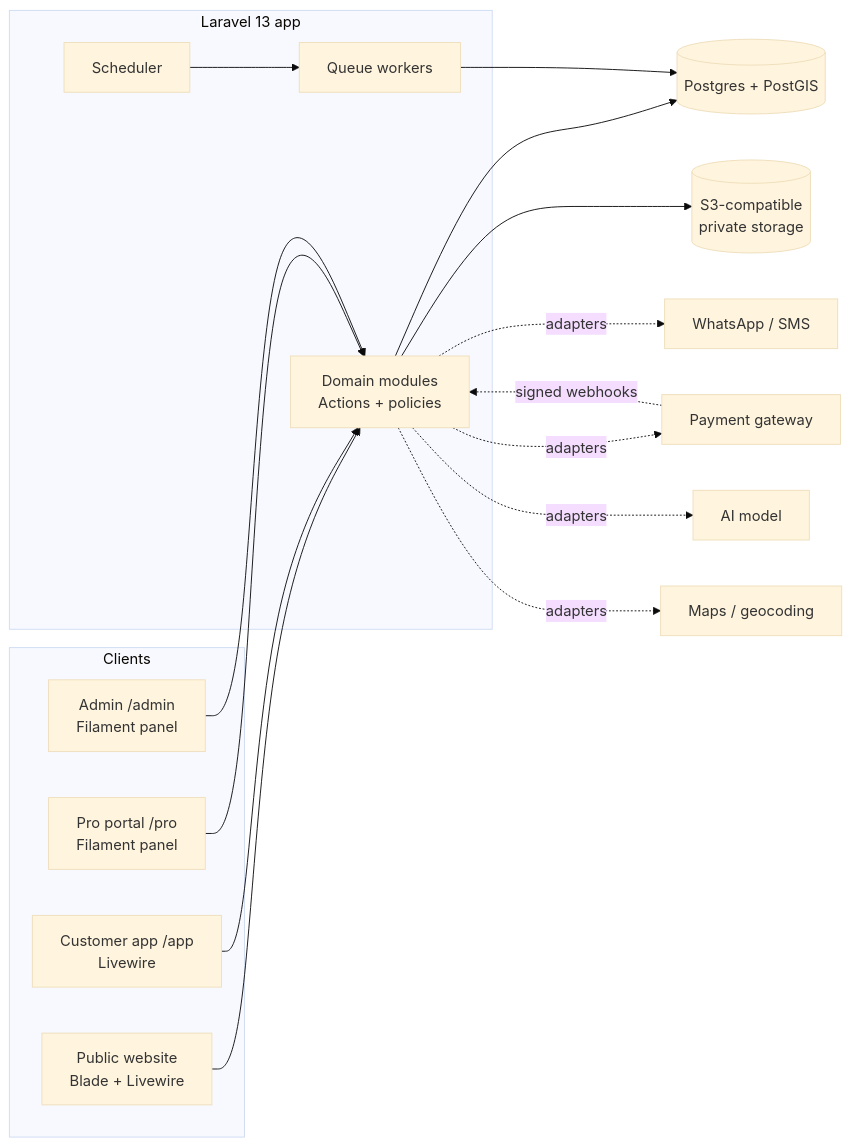
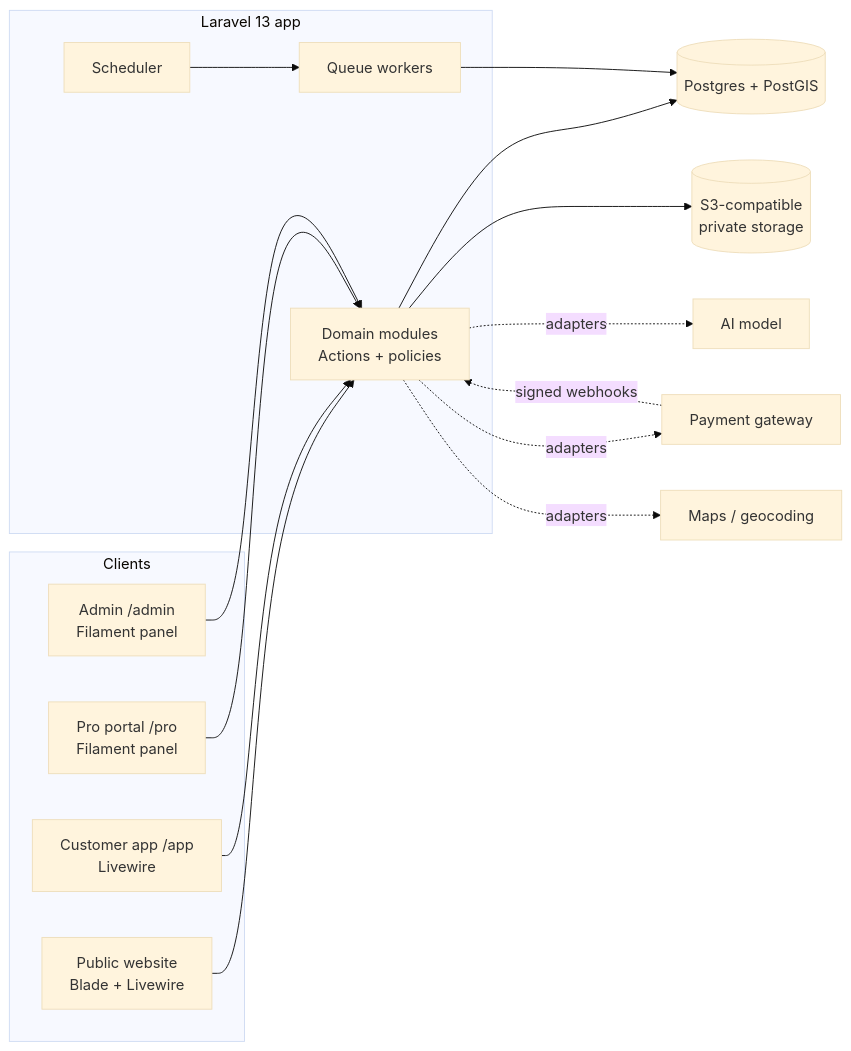
One commit to heyboystudio/getsorted changed the diagram in docs/architecture/overview.md. Above: the diagram before and after it, drawn with Mermaid (base theme). The commit also changed other lines of this file and 59 other files, not shown here.

Commit message:
Remove Twilio: no WhatsApp or SMS in the MVP, email only (decision 062)

````diff
--- a/docs/architecture/overview.md
+++ b/docs/architecture/overview.md
@@ -5,29 +5,28 @@
 ```mermaid
 flowchart LR
     subgraph Clients
         W[Public website<br/>Blade + Livewire]
         C[Customer app /app<br/>Livewire]
         P[Pro portal /pro<br/>Filament panel]
         A[Admin /admin<br/>Filament panel]
     end
     subgraph App[Laravel 13 app]
         D[Domain modules<br/>Actions + policies]
         Q[Queue workers]
         S[Scheduler]
     end
     DB[(Postgres + PostGIS)]
     FS[(S3-compatible<br/>private storage)]
     W --> D
     C --> D
     P --> D
     A --> D
     D --> DB
     Q --> DB
     S --> Q
     D --> FS
     D -. adapters .-> PAY[Payment gateway]
-    D -. adapters .-> WA[WhatsApp / SMS]
     D -. adapters .-> AI[AI model]
     D -. adapters .-> MAP[Maps / geocoding]
     PAY -. signed webhooks .-> D
 ```
````
